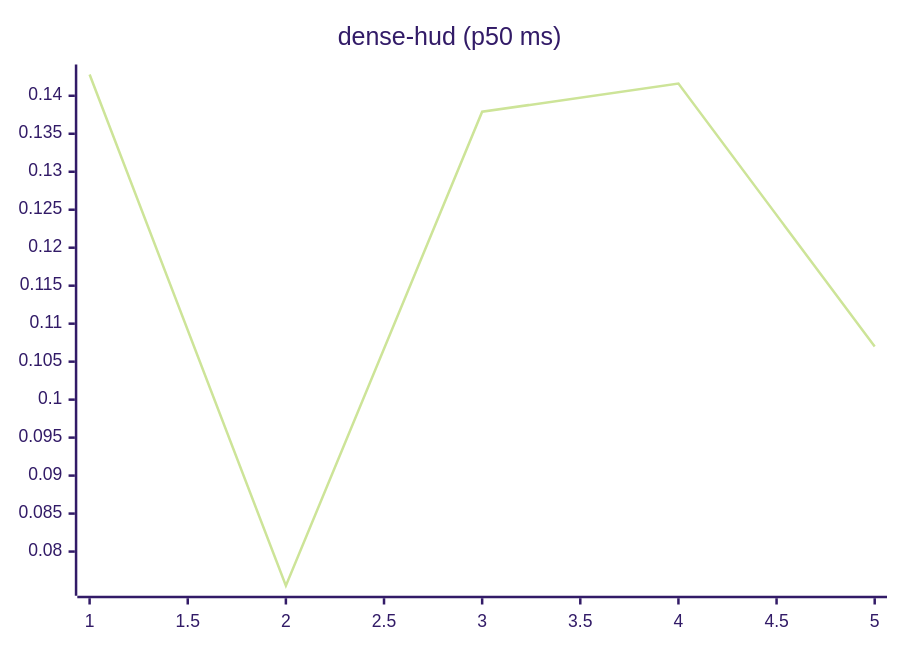
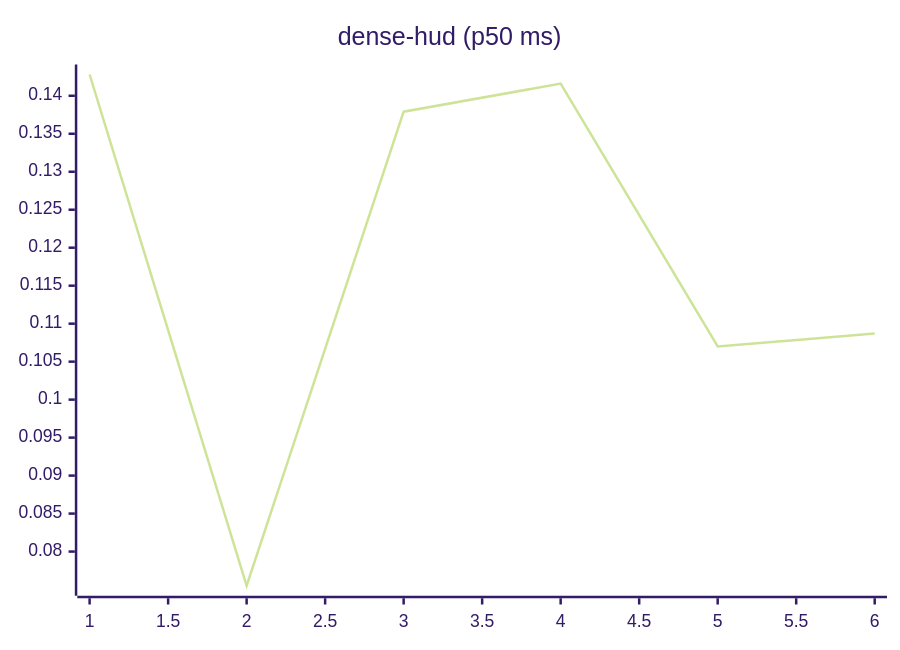
Before and after one commit to josha/Facet: the eighth of 27 diagrams in README.md, drawn with Mermaid (forest theme). The commit also changed other lines of this file and 2 other files, not shown here.

````diff
--- a/README.md
+++ b/README.md
@@ -112,6 +112,6 @@
 ```mermaid
 xychart-beta
     title "dense-hud (p50 ms)"
-    x-axis 1 --> 5
-    line [0.1428, 0.0755, 0.1379, 0.1416, 0.1070]
+    x-axis 1 --> 6
+    line [0.1428, 0.0755, 0.1379, 0.1416, 0.1070, 0.1087]
 ```
````
